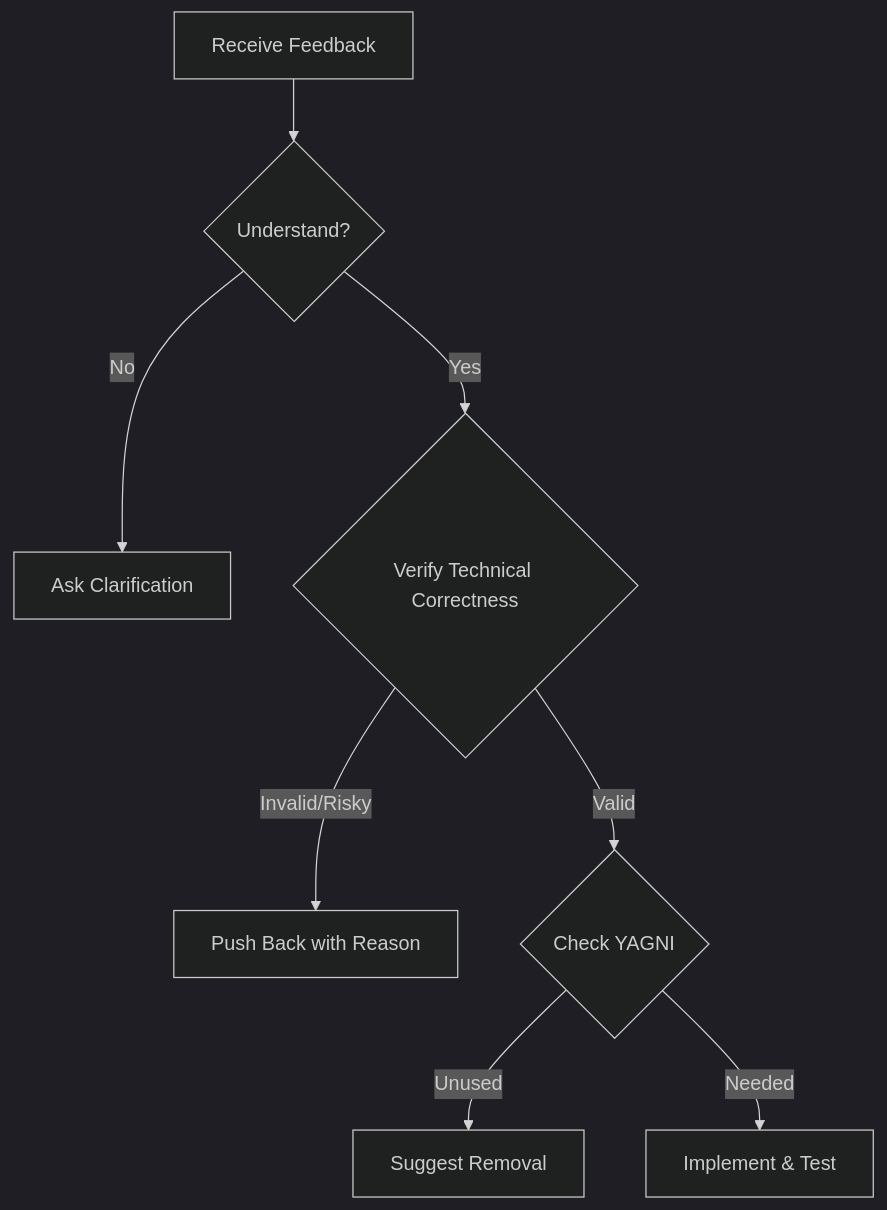
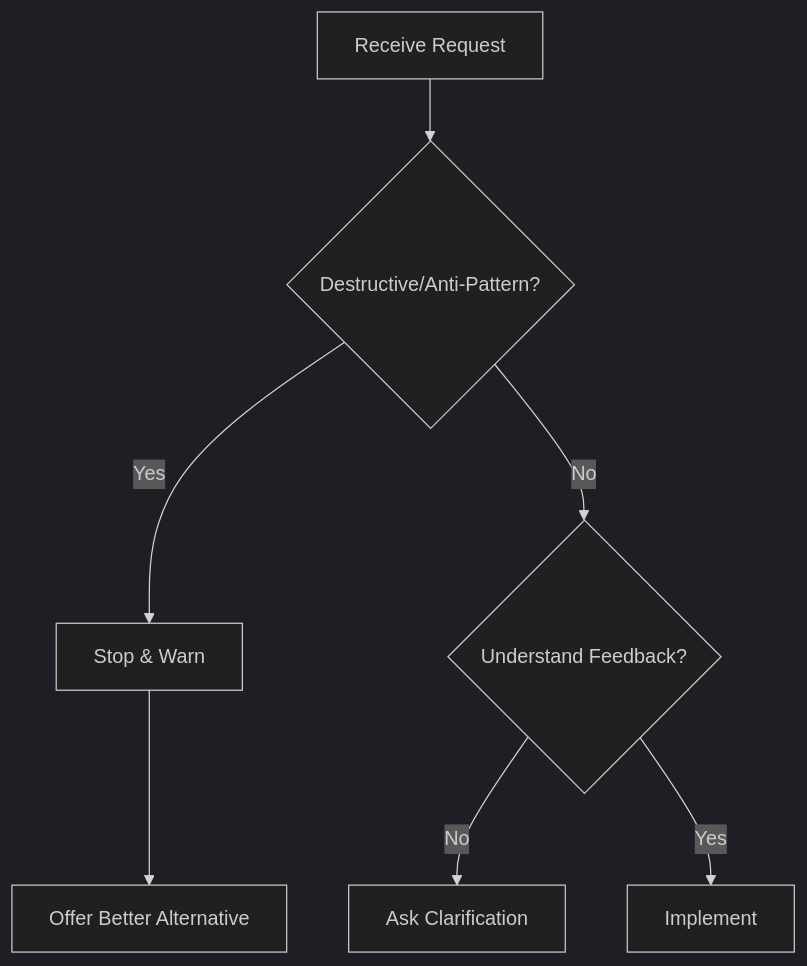
One commit to Alanlee0323/my-agent-skills changed the diagram in handling-review/SKILL.md. Above: the diagram before and after it, drawn with Mermaid (dark theme). The commit also changed other lines of this file and 6 other files, not shown here.

Commit message:
feat(skills): harden agent protocols - implement gatekeepers and anti-jailbreak guardians

````diff
--- a/handling-review/SKILL.md
+++ b/handling-review/SKILL.md
@@ -20,10 +22,9 @@
 ```mermaid
 graph TD
-    A[Receive Feedback] --> B{Understand?}
-    B -- No --> C[Ask Clarification]
-    B -- Yes --> D{Verify Technical Correctness}
-    D -- Invalid/Risky --> E[Push Back with Reason]
-    D -- Valid --> F{Check YAGNI}
-    F -- Unused --> G[Suggest Removal]
-    F -- Needed --> H[Implement & Test]
+    A[Receive Request] --> B{Destructive/Anti-Pattern?}
+    B -- Yes --> C[Stop & Warn]
+    C --> D[Offer Better Alternative]
+    B -- No --> E{Understand Feedback?}
+    E -- No --> F[Ask Clarification]
+    E -- Yes --> G[Implement]
 ```
````
